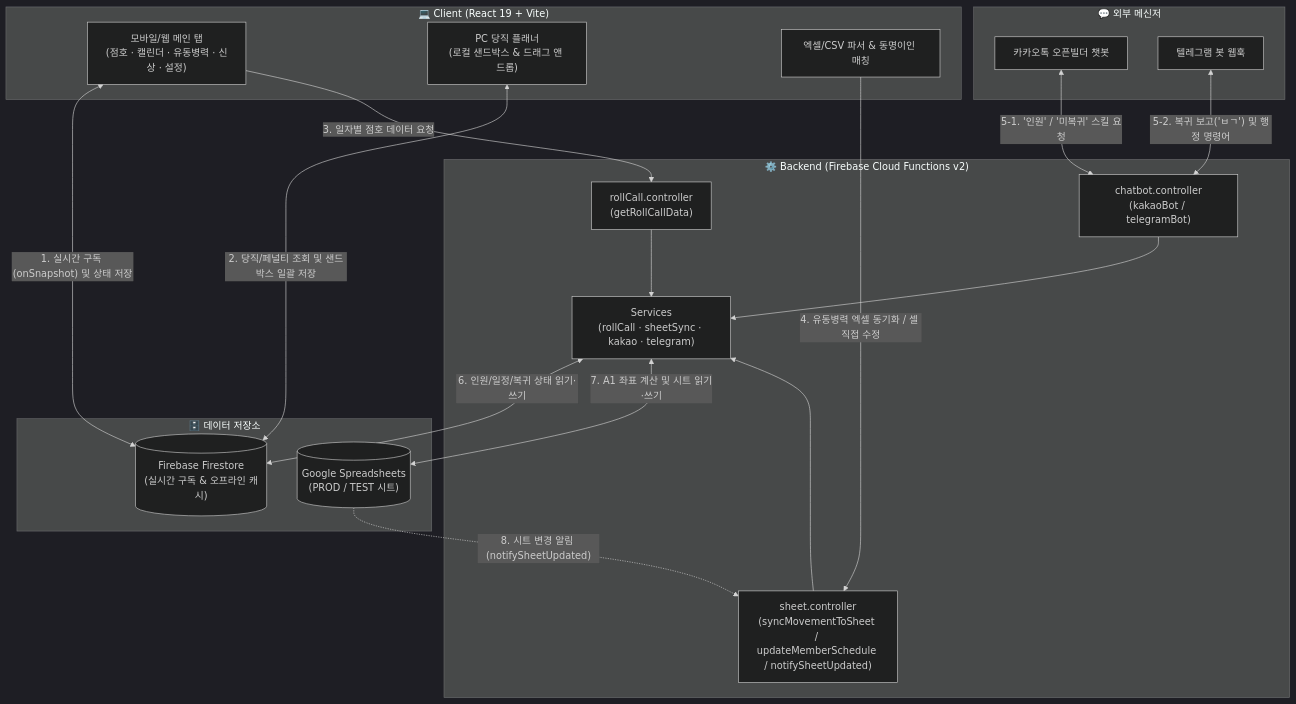
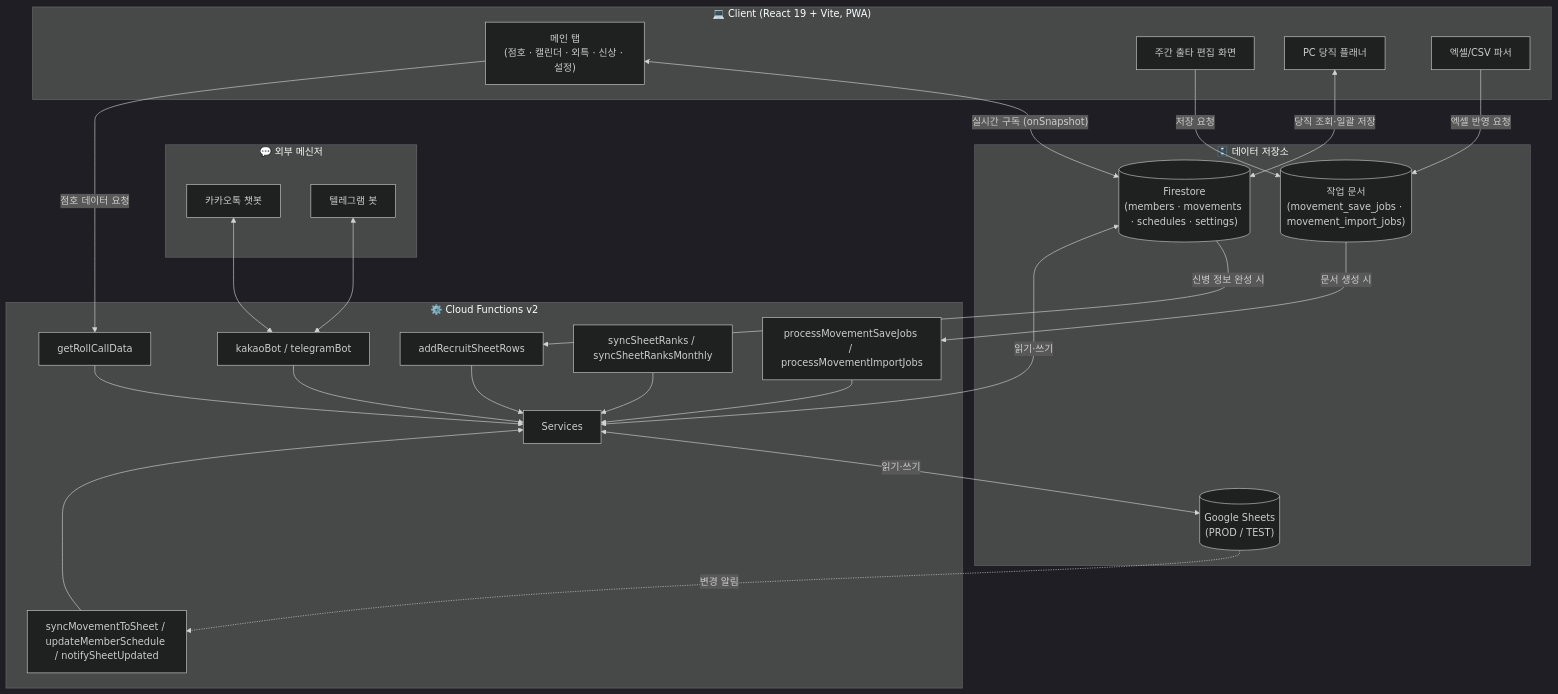
The diagram in README.md (KangGunn/NCOA), drawn with Mermaid (dark theme) before and after one commit. The commit also changed other lines of this file, not shown here.

````diff
--- a/README.md
+++ b/README.md
@@ -31,46 +22,51 @@
 ```mermaid
 flowchart TD
-    %% 클라이언트 영역
-    subgraph Client ["💻 Client (React 19 + Vite)"]
-        UI_MAIN["모바일/웹 메인 탭\n(점호 · 캘린더 · 유동병력 · 신상 · 설정)"]
-        UI_DUTY["PC 당직 플래너\n(로컬 샌드박스 & 드래그 앤 드롭)"]
-        UI_PARSER["엑셀/CSV 파서 & 동명이인 매칭"]
+    subgraph Client ["💻 Client (React 19 + Vite, PWA)"]
+        UI_MAIN["메인 탭\n(점호 · 캘린더 · 외특 · 신상 · 설정)"]
+        UI_EDIT["주간 출타 편집 화면"]
+        UI_DUTY["PC 당직 플래너"]
+        UI_PARSER["엑셀/CSV 파서"]
     end
 
-    %% 외부 메신저 영역
     subgraph Messengers ["💬 외부 메신저"]
-        KAKAO["카카오톡 오픈빌더 챗봇"]
-        TELEGRAM["텔레그램 봇 웹훅"]
+        KAKAO["카카오톡 챗봇"]
+        TELEGRAM["텔레그램 봇"]
     end
 
-    %% 백엔드 영역
-    subgraph Backend ["⚙️ Backend (Firebase Cloud Functions v2)"]
-        CTRL_ROLL["rollCall.controller\n(getRollCallData)"]
-        CTRL_SHEET["sheet.controller\n(syncMovementToSheet / updateMemberSchedule / notifySheetUpdated)"]
-        CTRL_BOT["chatbot.controller\n(kakaoBot / telegramBot)"]
-        SVC_CORE["Services\n(rollCall · sheetSync · kakao · telegram)"]
+    subgraph Storage ["🗄️ 데이터 저장소"]
+        FIRESTORE[("Firestore\n(members · movements · schedules · settings)")]
+        JOBS[("작업 문서\n(movement_save_jobs · movement_import_jobs)")]
+        GSHEET[("Google Sheets\n(PROD / TEST)")]
     end
 
-    %% 데이터 저장소 영역
-    subgraph Storage ["🗄️ 데이터 저장소"]
-        FIRESTORE[("Firebase Firestore\n(실시간 구독 & 오프라인 캐시)")]
-        GSHEET[("Google Spreadsheets\n(PROD / TEST 시트)")]
+    subgraph Backend ["⚙️ Cloud Functions v2"]
+        CTRL_ROLL["getRollCallData"]
+        CTRL_SHEET["syncMovementToSheet / updateMemberSchedule / notifySheetUpdated"]
+        CTRL_JOBS["processMovementSaveJobs / processMovementImportJobs"]
+        CTRL_RECRUIT["addRecruitSheetRows"]
+        CTRL_RANK["syncSheetRanks / syncSheetRanksMonthly"]
+        CTRL_BOT["kakaoBot / telegramBot"]
+        SVC_CORE["Services"]
     end
 
-    %% 데이터 흐름
-    UI_MAIN <-->|"1. 실시간 구독 (onSnapshot) 및 상태 저장"| FIRESTORE
-    UI_DUTY <-->|"2. 당직/페널티 조회 및 샌드박스 일괄 저장"| FIRESTORE
-    UI_MAIN -->|"3. 일자별 점호 데이터 요청"| CTRL_ROLL
-    UI_PARSER -->|"4. 유동병력 엑셀 동기화 / 셀 직접 수정"| CTRL_SHEET
-
-    KAKAO <-->|"5-1. '인원' / '미복귀' 스킬 요청"| CTRL_BOT
-    TELEGRAM <-->|"5-2. 복귀 보고('ㅂㄱ') 및 행정 명령어"| CTRL_BOT
+    UI_MAIN <-->|"실시간 구독 (onSnapshot)"| FIRESTORE
+    UI_DUTY <-->|"당직 조회·일괄 저장"| FIRESTORE
+    UI_MAIN -->|"점호 데이터 요청"| CTRL_ROLL
+    UI_EDIT -->|"저장 요청"| JOBS
+    UI_PARSER -->|"엑셀 반영 요청"| JOBS
+    JOBS -->|"문서 생성 시"| CTRL_JOBS
+    FIRESTORE -->|"신병 정보 완성 시"| CTRL_RECRUIT
+    KAKAO <--> CTRL_BOT
+    TELEGRAM <--> CTRL_BOT
 
     CTRL_ROLL --> SVC_CORE
     CTRL_SHEET --> SVC_CORE
+    CTRL_JOBS --> SVC_CORE
+    CTRL_RECRUIT --> SVC_CORE
+    CTRL_RANK --> SVC_CORE
     CTRL_BOT --> SVC_CORE
 
-    SVC_CORE <-->|"6. 인원/일정/복귀 상태 읽기·쓰기"| FIRESTORE
-    SVC_CORE <-->|"7. A1 좌표 계산 및 시트 읽기·쓰기"| GSHEET
-    GSHEET -.->|"8. 시트 변경 알림 (notifySheetUpdated)"| CTRL_SHEET
+    SVC_CORE <-->|"읽기·쓰기"| FIRESTORE
+    SVC_CORE <-->|"읽기·쓰기"| GSHEET
+    GSHEET -.->|"변경 알림"| CTRL_SHEET
 ```
````
